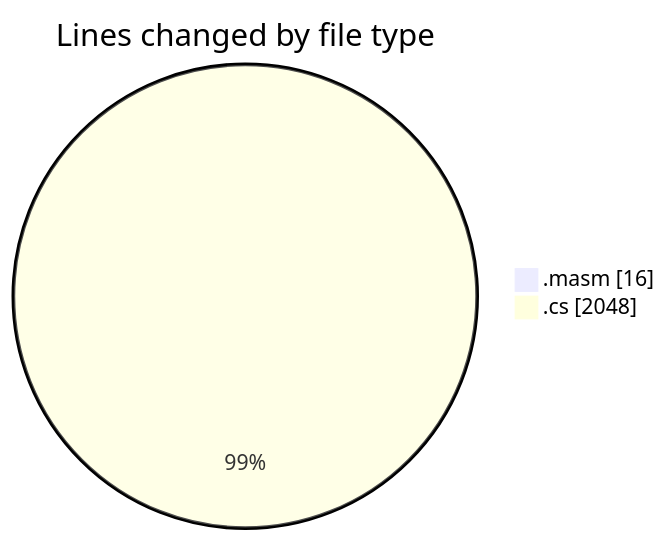
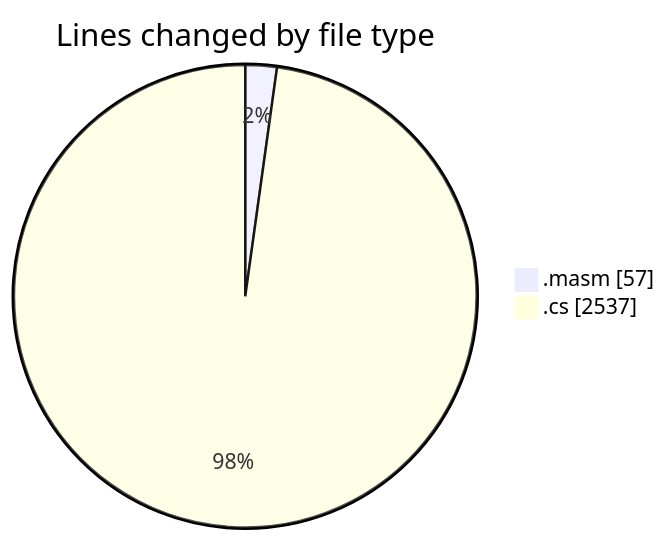
The first of 2 diagrams in 2025-03-18/sharpmasm/README.md (charlie-sans/code-tracking), drawn with Mermaid before and after one commit. The commit also changed other lines of this file and 1 other file, not shown here.

````diff
--- a/2025-03-18/sharpmasm/README.md
+++ b/2025-03-18/sharpmasm/README.md
@@ -30,6 +31,6 @@
 ```mermaid
 pie showData
 title Lines changed by file type
-".masm" : 16
-".cs" : 2048
+".masm" : 57
+".cs" : 2537
 ```
````
